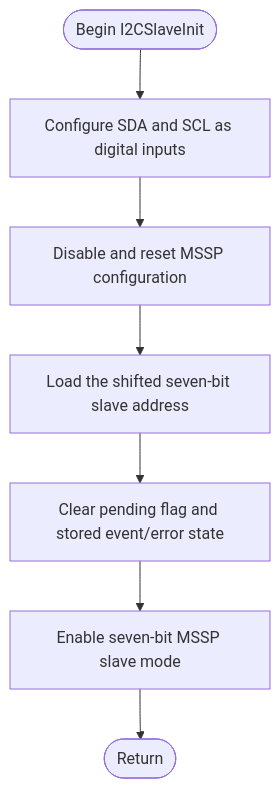
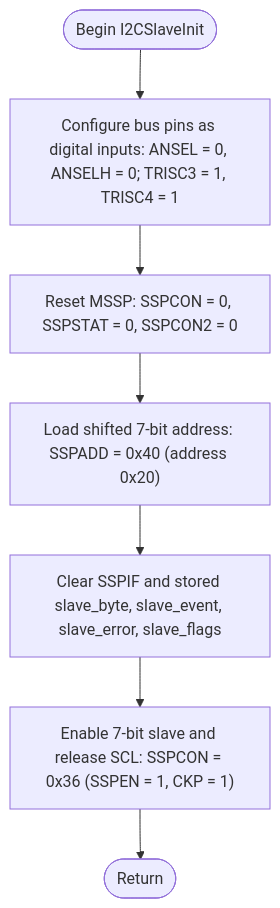
The second of 10 diagrams in LabAssignments/support/Lab10-I2C-Slave-Three-Level-Student-Guide.md (rosstimo/RCET3375), drawn with Mermaid before and after one commit. The commit also changed other lines of this file, not shown here.

Commit message:
Use explicit MSSP bit and register conditions in remaining Level 1 flowcharts

````diff
--- a/LabAssignments/support/Lab10-I2C-Slave-Three-Level-Student-Guide.md
+++ b/LabAssignments/support/Lab10-I2C-Slave-Three-Level-Student-Guide.md
@@ -88,9 +88,9 @@
 ```mermaid
 flowchart TD
-    Begin([Begin I2CSlaveInit]) --> Pins["Configure SDA and SCL as digital inputs"]
-    Pins --> Clear["Disable and reset MSSP configuration"]
-    Clear --> Address["Load the shifted seven-bit slave address"]
-    Address --> Status["Clear pending flag and stored event/error state"]
-    Status --> Enable["Enable seven-bit MSSP slave mode"]
-    Enable --> Exit([Return])
+    Begin(["Begin I2CSlaveInit"]) --> Pins["Configure bus pins as digital inputs: ANSEL = 0, ANSELH = 0; TRISC3 = 1, TRISC4 = 1"]
+    Pins --> Reset["Reset MSSP: SSPCON = 0, SSPSTAT = 0, SSPCON2 = 0"]
+    Reset --> Address["Load shifted 7-bit address: SSPADD = 0x40 (address 0x20)"]
+    Address --> State["Clear SSPIF and stored slave_byte, slave_event, slave_error, slave_flags"]
+    State --> Enable["Enable 7-bit slave and release SCL: SSPCON = 0x36 (SSPEN = 1, CKP = 1)"]
+    Enable --> Exit(["Return"])
 ```
````
